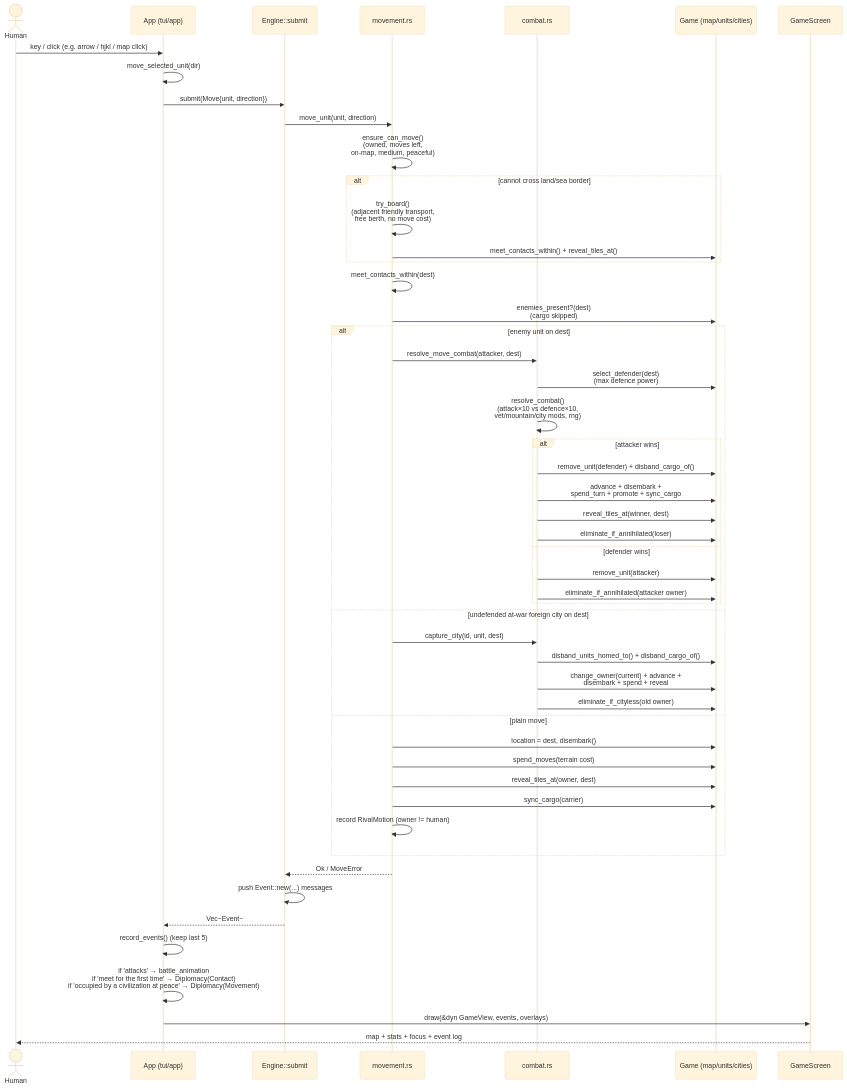
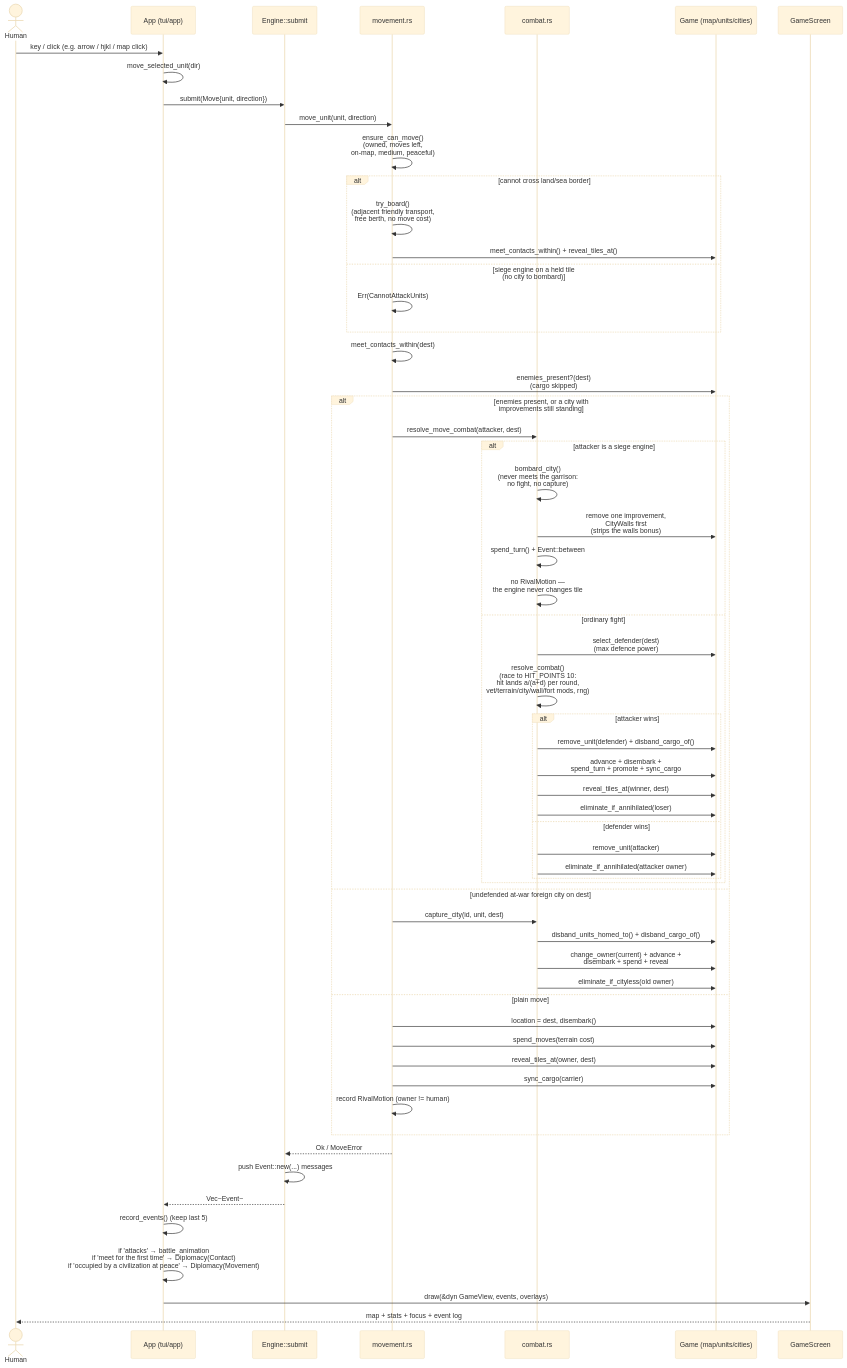
Before and after one commit to natritmeyer/civterm: the diagram in docs/uml/05-command-flow-sequence.md, drawn with Mermaid (base theme). The commit also changed other lines of this file and 12 other files, not shown here.

````diff
--- a/docs/uml/05-command-flow-sequence.md
+++ b/docs/uml/05-command-flow-sequence.md
@@ -11,57 +13,66 @@
 ```mermaid
 sequenceDiagram
     actor Human
     participant App as App (tui/app)
     participant Eng as Engine::submit
     participant Mov as movement.rs
     participant Cbt as combat.rs
     participant Gam as Game (map/units/cities)
     participant Scr as GameScreen
 
     Human->>App: key / click (e.g. arrow / hjkl / map click)
     App->>App: move_selected_unit(dir)
     App->>Eng: submit(Move{unit, direction})
 
     Eng->>Mov: move_unit(unit, direction)
     Mov->>Mov: ensure_can_move()<br/>(owned, moves left,<br/>on-map, medium, peaceful)
     alt cannot cross land/sea border
         Mov->>Mov: try_board()<br/>(adjacent friendly transport,<br/>free berth, no move cost)
         Mov->>Gam: meet_contacts_within() + reveal_tiles_at()
+    else siege engine on a held tile<br/>(no city to bombard)
+        Mov->>Mov: Err(CannotAttackUnits)
     end
     Mov->>Mov: meet_contacts_within(dest)
     Mov->>Gam: enemies_present?(dest)<br/>(cargo skipped)
 
-    alt enemy unit on dest
+    alt enemies present, or a city with<br/>improvements still standing
         Mov->>Cbt: resolve_move_combat(attacker, dest)
-        Cbt->>Gam: select_defender(dest)<br/>(max defence power)
-        Cbt->>Cbt: resolve_combat()<br/>(attack×10 vs defence×10,<br/>vet/mountain/city mods, rng)
-        alt attacker wins
-            Cbt->>Gam: remove_unit(defender) + disband_cargo_of()
-            Cbt->>Gam: advance + disembark +<br/>spend_turn + promote + sync_cargo
-            Cbt->>Gam: reveal_tiles_at(winner, dest)
-            Cbt->>Gam: eliminate_if_annihilated(loser)
-        else defender wins
-            Cbt->>Gam: remove_unit(attacker)
-            Cbt->>Gam: eliminate_if_annihilated(attacker owner)
+        alt attacker is a siege engine
+            Cbt->>Cbt: bombard_city()<br/>(never meets the garrison:<br/>no fight, no capture)
+            Cbt->>Gam: remove one improvement,<br/>CityWalls first<br/>(strips the walls bonus)
+            Cbt->>Cbt: spend_turn() + Event::between
+            Cbt->>Cbt: no RivalMotion —<br/>the engine never changes tile
+        else ordinary fight
+            Cbt->>Gam: select_defender(dest)<br/>(max defence power)
+            Cbt->>Cbt: resolve_combat()<br/>(race to HIT_POINTS 10:<br/>hit lands a/(a+d) per round,<br/>vet/terrain/city/wall/fort mods, rng)
+            alt attacker wins
+                Cbt->>Gam: remove_unit(defender) + disband_cargo_of()
+                Cbt->>Gam: advance + disembark +<br/>spend_turn + promote + sync_cargo
+                Cbt->>Gam: reveal_tiles_at(winner, dest)
+                Cbt->>Gam: eliminate_if_annihilated(loser)
+            else defender wins
+                Cbt->>Gam: remove_unit(attacker)
+                Cbt->>Gam: eliminate_if_annihilated(attacker owner)
+            end
         end
     else undefended at-war foreign city on dest
         Mov->>Cbt: capture_city(id, unit, dest)
         Cbt->>Gam: disband_units_homed_to() + disband_cargo_of()
         Cbt->>Gam: change_owner(current) + advance +<br/>disembark + spend + reveal
         Cbt->>Gam: eliminate_if_cityless(old owner)
     else plain move
         Mov->>Gam: location = dest, disembark()
         Mov->>Gam: spend_moves(terrain cost)
         Mov->>Gam: reveal_tiles_at(owner, dest)
         Mov->>Gam: sync_cargo(carrier)
         Mov->>Mov: record RivalMotion (owner != human)
     end
 
     Mov-->>Eng: Ok / MoveError
     Eng->>Eng: push Event::new(...) messages
     Eng-->>App: Vec~Event~
     App->>App: record_events() (keep last 5)
     App->>App: if 'attacks' → battle_animation<br/>if 'meet for the first time' → Diplomacy(Contact)<br/>if 'occupied by a civilization at peace' → Diplomacy(Movement)
     App->>Scr: draw(&dyn GameView, events, overlays)
     Scr-->>Human: map + stats + focus + event log
 ```
````
